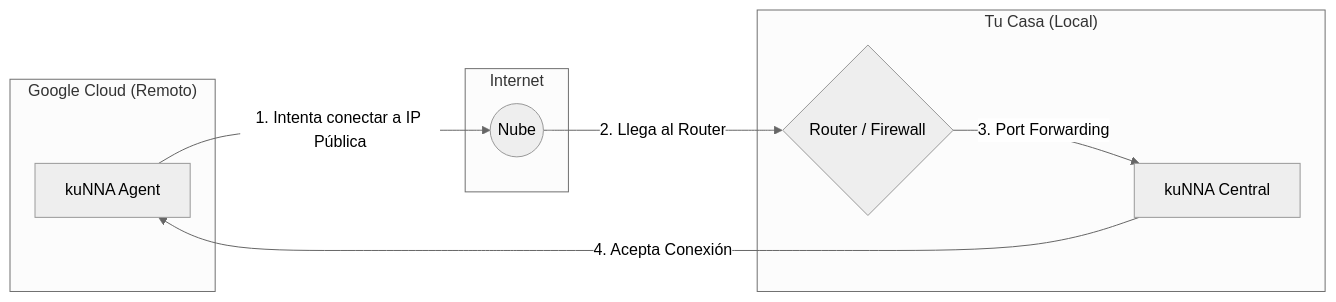
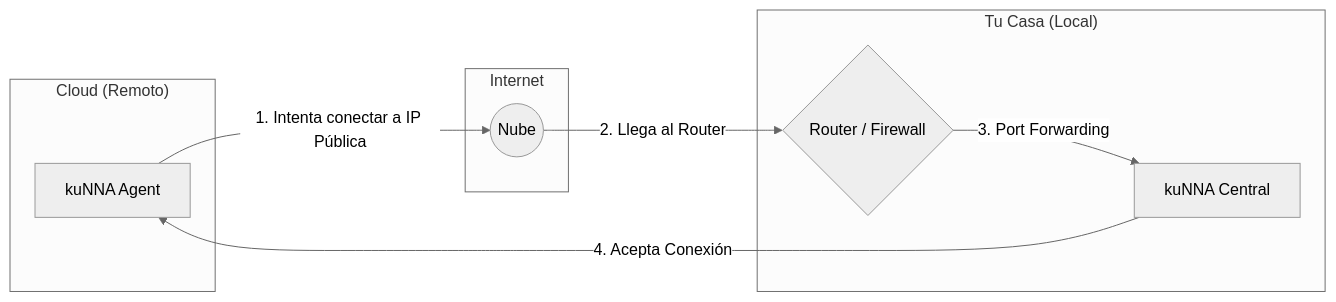
Before and after one commit to elisaul77/Kunna: the second of 2 diagrams in docs/SSH_DEPLOYMENT_DETAIL.md, drawn with Mermaid (neutral theme). The commit also changed other lines of this file and 4 other files, not shown here.

````diff
--- a/docs/SSH_DEPLOYMENT_DETAIL.md
+++ b/docs/SSH_DEPLOYMENT_DETAIL.md
@@ -86,20 +86,20 @@
 ```mermaid
 graph LR
-    subgraph "Google Cloud (Remoto)"
+    subgraph "Cloud (Remoto)"
         Agent[kuNNA Agent]
     end
 
     subgraph "Internet"
         Cloud((Nube))
     end
 
     subgraph "Tu Casa (Local)"
         Router{Router / Firewall}
         PC[kuNNA Central]
     end
 
     Agent -->|1. Intenta conectar a IP Pública| Cloud
     Cloud -->|2. Llega al Router| Router
     Router -->|3. Port Forwarding| PC
     PC -->|4. Acepta Conexión| Agent
 ```
````
